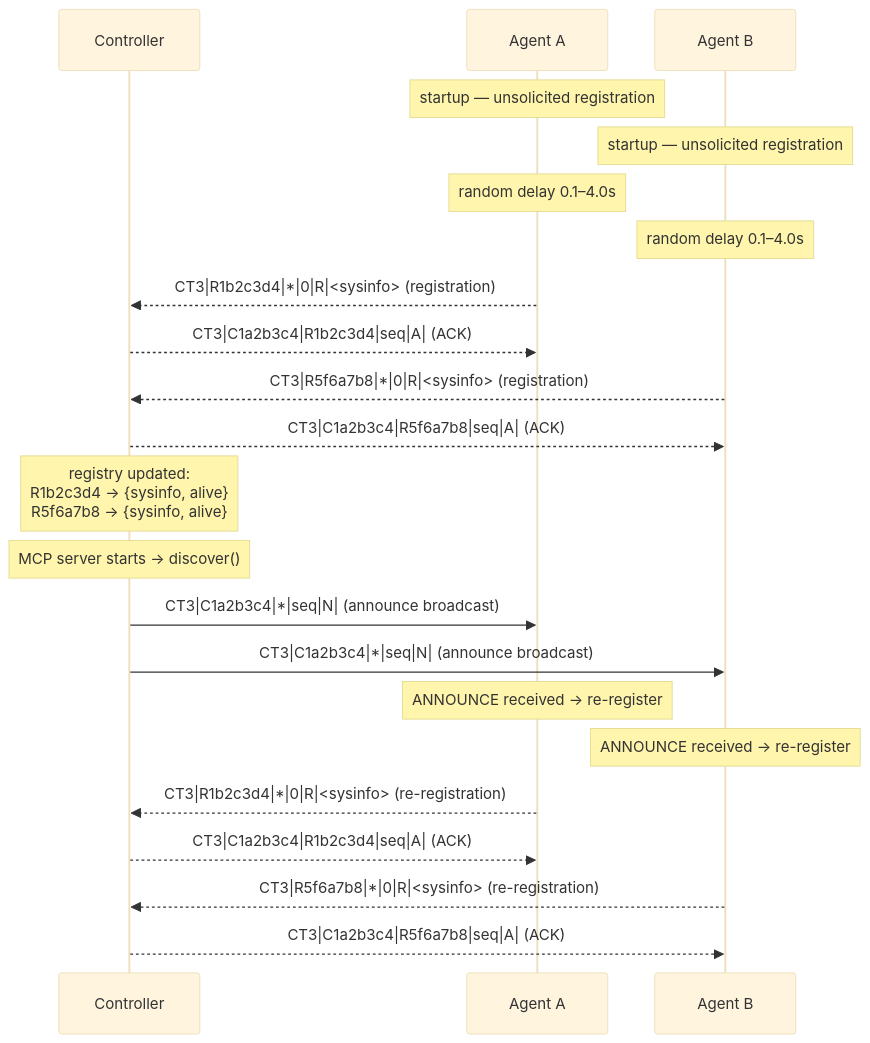
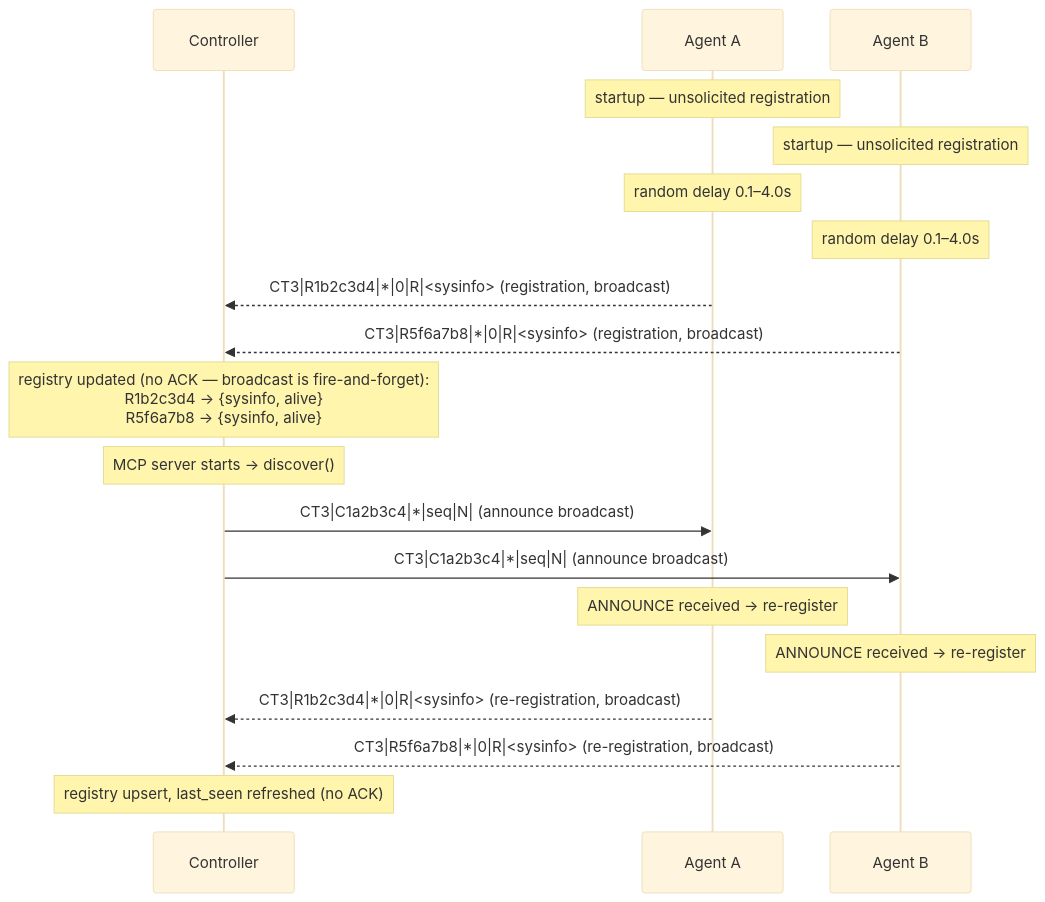
The second of 4 diagrams in README.md (jordi-murgo/cliptunnel-mcp), drawn with Mermaid (base theme) before and after one commit.

Commit message:
doc(heartbeat): fix broadcast registrations shown as ACKed in diagrams

````diff
--- a/README.md
+++ b/README.md
@@ -70,29 +70,25 @@
 ```mermaid
 sequenceDiagram
     participant C as Controller
     participant A1 as Agent A
     participant A2 as Agent B
 
     Note over A1: startup — unsolicited registration
     Note over A2: startup — unsolicited registration
     Note over A1: random delay 0.1–4.0s
     Note over A2: random delay 0.1–4.0s
 
-    A1-->>C: CT3|R1b2c3d4|*|0|R|<sysinfo> (registration)
-    C-->>A1: CT3|C1a2b3c4|R1b2c3d4|seq|A| (ACK)
-    A2-->>C: CT3|R5f6a7b8|*|0|R|<sysinfo> (registration)
-    C-->>A2: CT3|C1a2b3c4|R5f6a7b8|seq|A| (ACK)
-
-    Note over C: registry updated:<br/>R1b2c3d4 → {sysinfo, alive}<br/>R5f6a7b8 → {sysinfo, alive}
+    A1-->>C: CT3|R1b2c3d4|*|0|R|<sysinfo> (registration, broadcast)
+    A2-->>C: CT3|R5f6a7b8|*|0|R|<sysinfo> (registration, broadcast)
+    Note over C: registry updated (no ACK — broadcast is fire-and-forget):<br/>R1b2c3d4 → {sysinfo, alive}<br/>R5f6a7b8 → {sysinfo, alive}
 
     Note over C: MCP server starts → discover()
     C->>A1: CT3|C1a2b3c4|*|seq|N| (announce broadcast)
     C->>A2: CT3|C1a2b3c4|*|seq|N| (announce broadcast)
 
     Note over A1: ANNOUNCE received → re-register
     Note over A2: ANNOUNCE received → re-register
-    A1-->>C: CT3|R1b2c3d4|*|0|R|<sysinfo> (re-registration)
-    C-->>A1: CT3|C1a2b3c4|R1b2c3d4|seq|A| (ACK)
-    A2-->>C: CT3|R5f6a7b8|*|0|R|<sysinfo> (re-registration)
-    C-->>A2: CT3|C1a2b3c4|R5f6a7b8|seq|A| (ACK)
+    A1-->>C: CT3|R1b2c3d4|*|0|R|<sysinfo> (re-registration, broadcast)
+    A2-->>C: CT3|R5f6a7b8|*|0|R|<sysinfo> (re-registration, broadcast)
+    Note over C: registry upsert, last_seen refreshed (no ACK)
 ```
````
